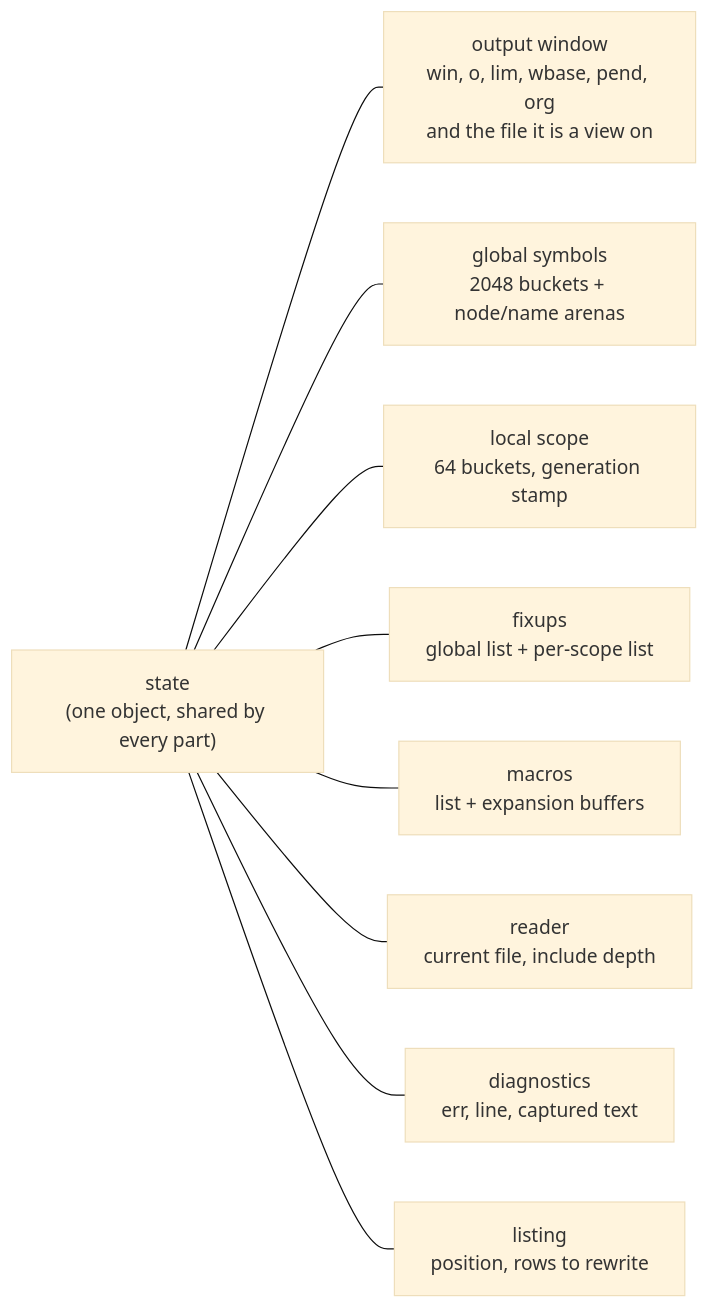
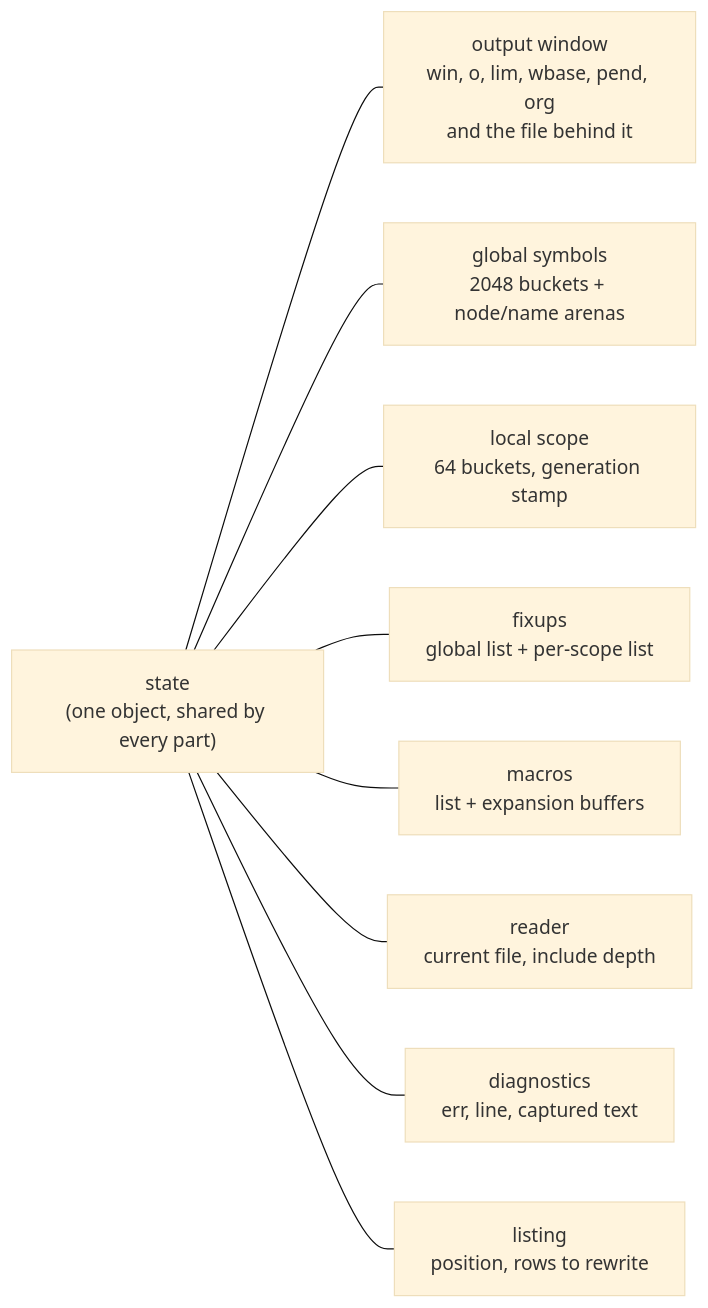
One commit to avalonbits/zap changed the third of 11 diagrams in docs/DESIGN.md. Above: the diagram before and after it, drawn with Mermaid (base theme). The commit also changed other lines of this file and 7 other files, not shown here.

````diff
--- a/docs/DESIGN.md
+++ b/docs/DESIGN.md
@@ -192,12 +182,12 @@
 ```mermaid
 flowchart LR
     S["state<br/>(one object, shared by every part)"]
-    S --- O["output window<br/>win, o, lim, wbase, pend, org<br/>and the file it is a view on"]
+    S --- O["output window<br/>win, o, lim, wbase, pend, org<br/>and the file behind it"]
     S --- G["global symbols<br/>2048 buckets + node/name arenas"]
     S --- L["local scope<br/>64 buckets, generation stamp"]
     S --- F["fixups<br/>global list + per-scope list"]
     S --- M["macros<br/>list + expansion buffers"]
     S --- R["reader<br/>current file, include depth"]
     S --- D["diagnostics<br/>err, line, captured text"]
     S --- LS["listing<br/>position, rows to rewrite"]
 ```
````
